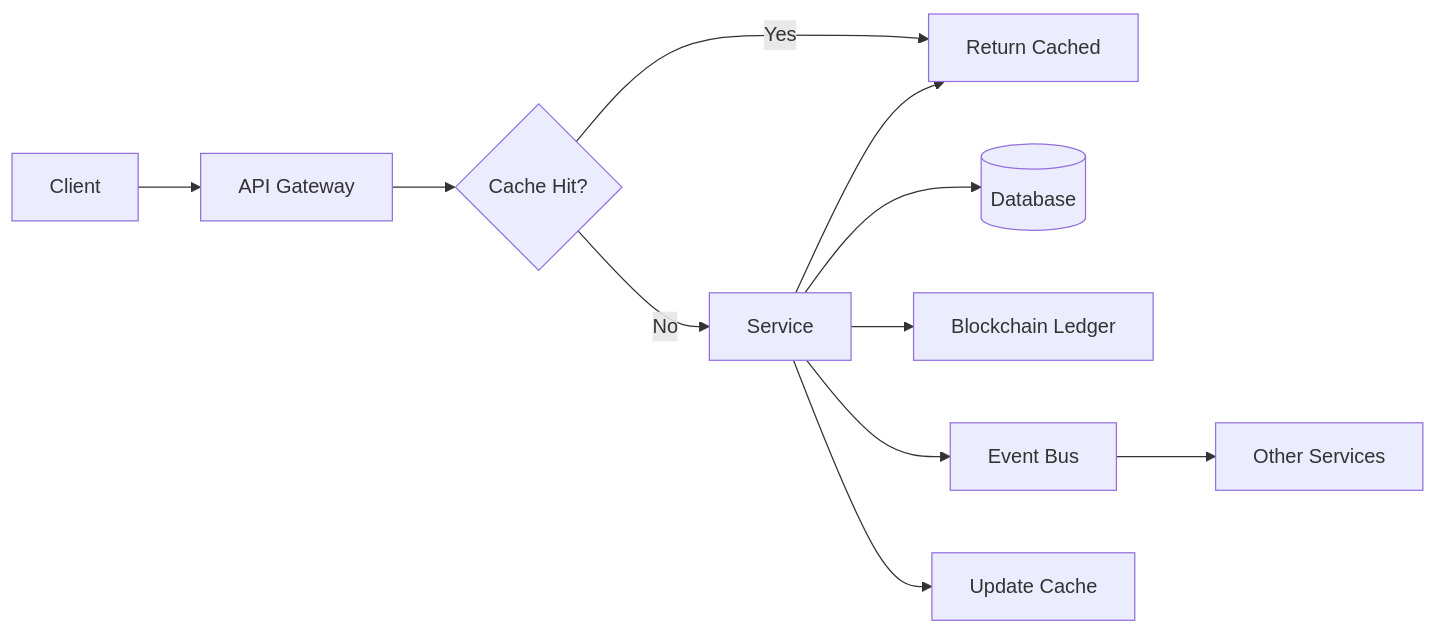
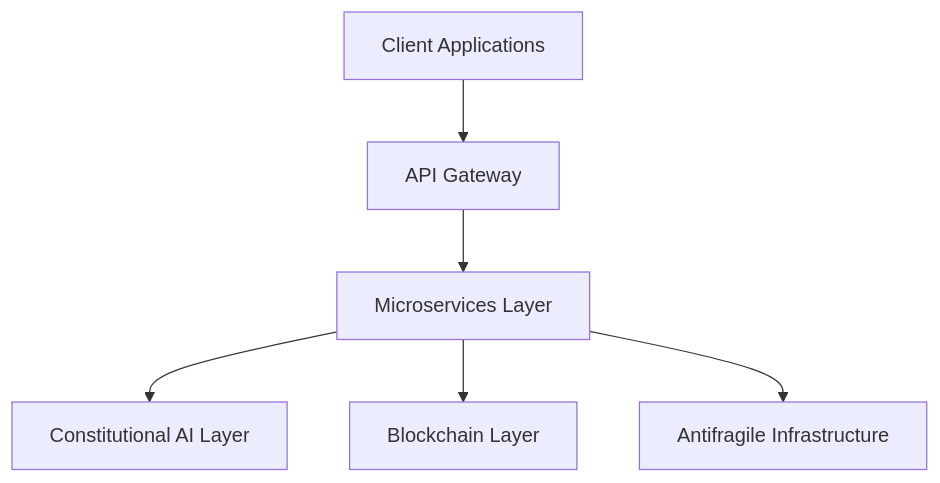
The first of 6 diagrams in docs/ARCHITECTURE.md (Azora-OS/azora), drawn with Mermaid before and after one commit. The commit also changed other lines of this file and 4 other files, not shown here.

````diff
--- a/docs/ARCHITECTURE.md
+++ b/docs/ARCHITECTURE.md
@@ -253,13 +39,8 @@
 ```mermaid
-flowchart LR
-    Client[Client] --> Gateway[API Gateway]
-    Gateway --> Cache{Cache Hit?}
-    Cache -->|Yes| Response[Return Cached]
-    Cache -->|No| Service[Service]
-    Service --> DB[(Database)]
-    Service --> Ledger[Blockchain Ledger]
-    Service --> EventBus[Event Bus]
-    EventBus --> OtherServices[Other Services]
-    Service --> Cache2[Update Cache]
-    Service --> Response
+graph TB
+    Client[Client Applications] --> Gateway[API Gateway]
+    Gateway --> Services[Microservices Layer]
+    Services --> Constitutional[Constitutional AI Layer]
+    Services --> Blockchain[Blockchain Layer]
+    Services --> Infrastructure[Antifragile Infrastructure]
 ```
````
